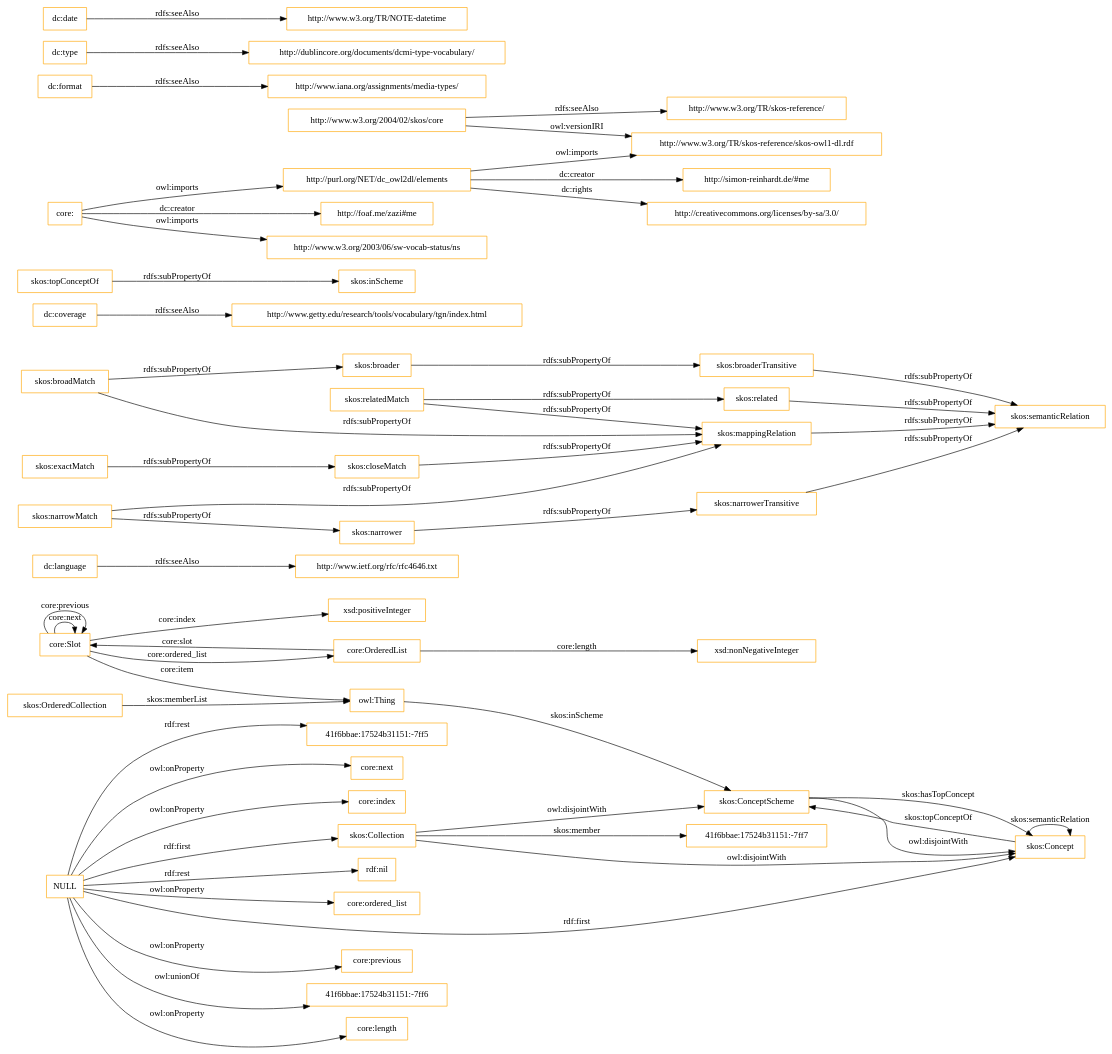
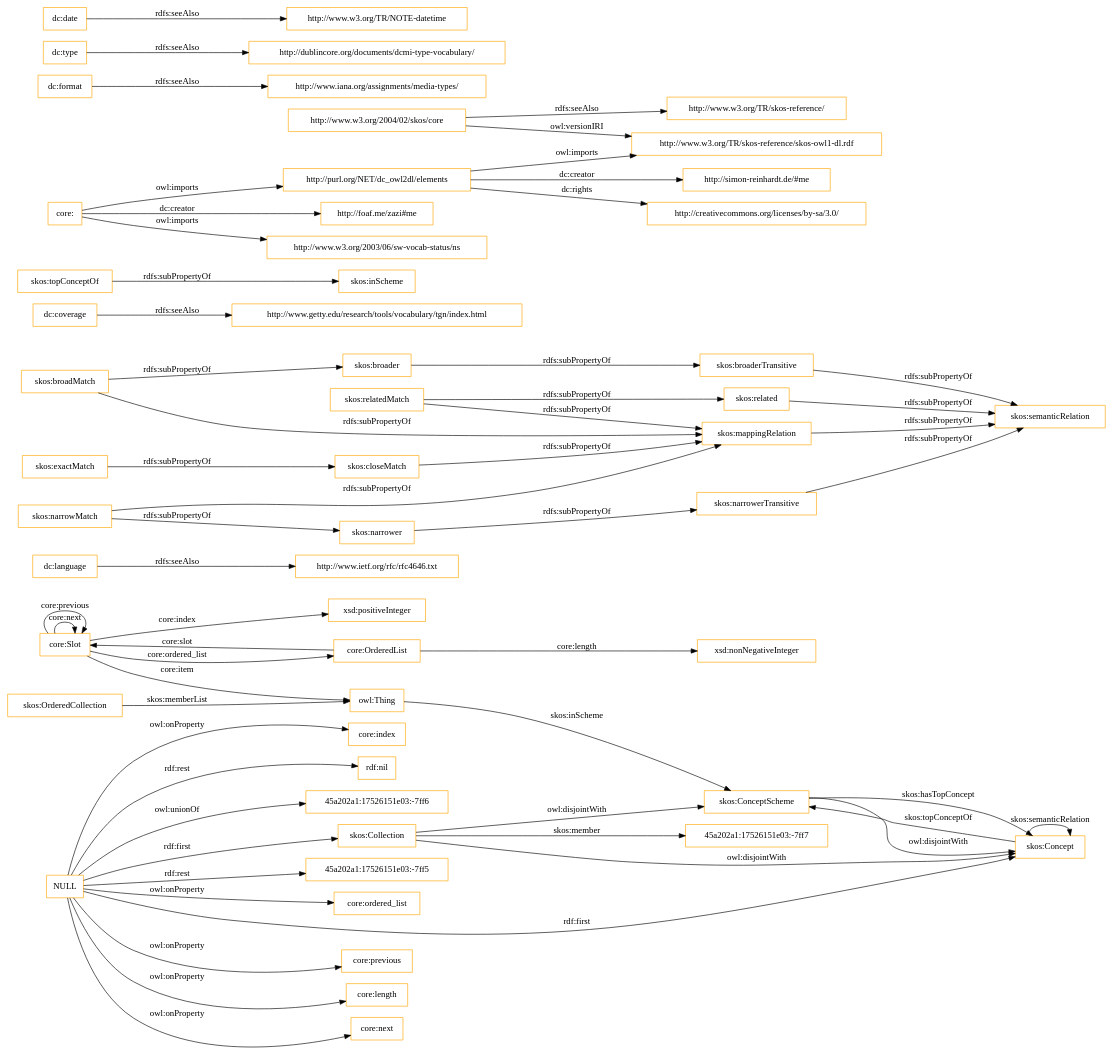
The diagram in OnToology/imports/core.owl/diagrams/ar2dtool-class/core.owl.png.dot (OnToologyUser/core-ontology-1), drawn with Graphviz before and after one commit. The commit also changed 14 other files, not shown here.

```diff
--- a/OnToology/imports/core.owl/diagrams/ar2dtool-class/core.owl.png.dot
+++ b/OnToology/imports/core.owl/diagrams/ar2dtool-class/core.owl.png.dot
@@ -1,60 +1,60 @@
 digraph ar2dtool_diagram { 
 rankdir=LR;
 size="1501"
-node [shape = rectangle, color="orange"]; "core:Slot" "core:OrderedList" "41f6bbae:17524b31151:-7ff7" "skos:OrderedCollection" "skos:Collection" "skos:ConceptScheme" "skos:Concept" ; /*classes style*/
+node [shape = rectangle, color="orange"]; "core:Slot" "core:OrderedList" "45a202a1:17526151e03:-7ff7" "skos:OrderedCollection" "skos:Collection" "skos:ConceptScheme" "skos:Concept" ; /*classes style*/
 	"dc:language" -> "http://www.ietf.org/rfc/rfc4646.txt" [ label = "rdfs:seeAlso" ];
 	"NULL" -> "core:previous" [ label = "owl:onProperty" ];
-	"NULL" -> "41f6bbae:17524b31151:-7ff6" [ label = "owl:unionOf" ];
 	"NULL" -> "core:length" [ label = "owl:onProperty" ];
 	"NULL" -> "skos:Concept" [ label = "rdf:first" ];
-	"NULL" -> "41f6bbae:17524b31151:-7ff5" [ label = "rdf:rest" ];
 	"NULL" -> "core:next" [ label = "owl:onProperty" ];
 	"NULL" -> "core:index" [ label = "owl:onProperty" ];
 	"NULL" -> "rdf:nil" [ label = "rdf:rest" ];
+	"NULL" -> "45a202a1:17526151e03:-7ff6" [ label = "owl:unionOf" ];
+	"NULL" -> "45a202a1:17526151e03:-7ff5" [ label = "rdf:rest" ];
 	"NULL" -> "core:ordered_list" [ label = "owl:onProperty" ];
 	"NULL" -> "skos:Collection" [ label = "rdf:first" ];
 	"skos:closeMatch" -> "skos:mappingRelation" [ label = "rdfs:subPropertyOf" ];
 	"dc:coverage" -> "http://www.getty.edu/research/tools/vocabulary/tgn/index.html" [ label = "rdfs:seeAlso" ];
 	"skos:relatedMatch" -> "skos:related" [ label = "rdfs:subPropertyOf" ];
 	"skos:relatedMatch" -> "skos:mappingRelation" [ label = "rdfs:subPropertyOf" ];
 	"skos:ConceptScheme" -> "skos:Concept" [ label = "owl:disjointWith" ];
 	"skos:related" -> "skos:semanticRelation" [ label = "rdfs:subPropertyOf" ];
 	"skos:topConceptOf" -> "skos:inScheme" [ label = "rdfs:subPropertyOf" ];
 	"skos:broadMatch" -> "skos:broader" [ label = "rdfs:subPropertyOf" ];
 	"skos:broadMatch" -> "skos:mappingRelation" [ label = "rdfs:subPropertyOf" ];
 	"http://purl.org/NET/dc_owl2dl/elements" -> "http://www.w3.org/TR/skos-reference/skos-owl1-dl.rdf" [ label = "owl:imports" ];
 	"http://purl.org/NET/dc_owl2dl/elements" -> "http://creativecommons.org/licenses/by-sa/3.0/" [ label = "dc:rights" ];
 	"http://purl.org/NET/dc_owl2dl/elements" -> "http://simon-reinhardt.de/#me" [ label = "dc:creator" ];
 	"skos:exactMatch" -> "skos:closeMatch" [ label = "rdfs:subPropertyOf" ];
 	"dc:format" -> "http://www.iana.org/assignments/media-types/" [ label = "rdfs:seeAlso" ];
 	"core:" -> "http://foaf.me/zazi#me" [ label = "dc:creator" ];
 	"core:" -> "http://www.w3.org/2003/06/sw-vocab-status/ns" [ label = "owl:imports" ];
 	"core:" -> "http://purl.org/NET/dc_owl2dl/elements" [ label = "owl:imports" ];
 	"skos:broaderTransitive" -> "skos:semanticRelation" [ label = "rdfs:subPropertyOf" ];
 	"skos:mappingRelation" -> "skos:semanticRelation" [ label = "rdfs:subPropertyOf" ];
 	"skos:broader" -> "skos:broaderTransitive" [ label = "rdfs:subPropertyOf" ];
 	"dc:type" -> "http://dublincore.org/documents/dcmi-type-vocabulary/" [ label = "rdfs:seeAlso" ];
 	"http://www.w3.org/2004/02/skos/core" -> "http://www.w3.org/TR/skos-reference/skos-owl1-dl.rdf" [ label = "owl:versionIRI" ];
 	"http://www.w3.org/2004/02/skos/core" -> "http://www.w3.org/TR/skos-reference/" [ label = "rdfs:seeAlso" ];
 	"skos:Collection" -> "skos:ConceptScheme" [ label = "owl:disjointWith" ];
 	"skos:Collection" -> "skos:Concept" [ label = "owl:disjointWith" ];
 	"skos:narrowMatch" -> "skos:narrower" [ label = "rdfs:subPropertyOf" ];
 	"skos:narrowMatch" -> "skos:mappingRelation" [ label = "rdfs:subPropertyOf" ];
 	"skos:narrower" -> "skos:narrowerTransitive" [ label = "rdfs:subPropertyOf" ];
 	"dc:date" -> "http://www.w3.org/TR/NOTE-datetime" [ label = "rdfs:seeAlso" ];
 	"skos:narrowerTransitive" -> "skos:semanticRelation" [ label = "rdfs:subPropertyOf" ];
 	"core:Slot" -> "xsd:positiveInteger" [ label = "core:index" ];
 	"skos:Concept" -> "skos:ConceptScheme" [ label = "skos:topConceptOf" ];
 	"core:Slot" -> "owl:Thing" [ label = "core:item" ];
 	"core:OrderedList" -> "xsd:nonNegativeInteger" [ label = "core:length" ];
 	"core:OrderedList" -> "core:Slot" [ label = "core:slot" ];
-	"skos:Collection" -> "41f6bbae:17524b31151:-7ff7" [ label = "skos:member" ];
+	"skos:Collection" -> "45a202a1:17526151e03:-7ff7" [ label = "skos:member" ];
 	"core:Slot" -> "core:Slot" [ label = "core:next" ];
 	"skos:ConceptScheme" -> "skos:Concept" [ label = "skos:hasTopConcept" ];
 	"owl:Thing" -> "skos:ConceptScheme" [ label = "skos:inScheme" ];
 	"core:Slot" -> "core:Slot" [ label = "core:previous" ];
 	"skos:OrderedCollection" -> "owl:Thing" [ label = "skos:memberList" ];
 	"skos:Concept" -> "skos:Concept" [ label = "skos:semanticRelation" ];
 	"core:Slot" -> "core:OrderedList" [ label = "core:ordered_list" ];
 
 }
```
